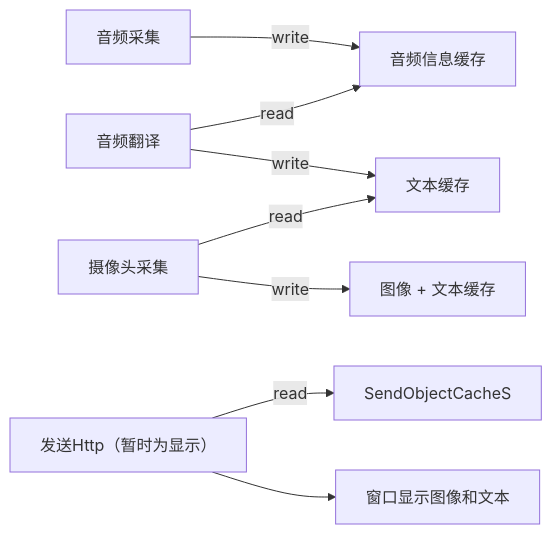
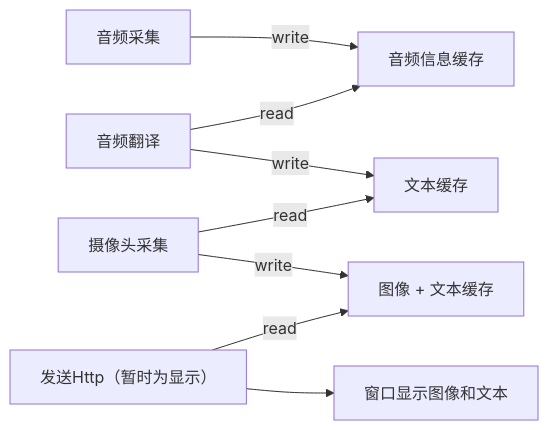
The diagram in README.md (yeeting-dot/ai_vision_chat), drawn with Mermaid before and after one commit.

```diff
--- a/README.md
+++ b/README.md
@@ -29,18 +29,18 @@
 ~~~mermaid
 graph LR
 VoiceTake["音频采集"]
 VoiceMessCache["音频信息缓存"]
 AudioTranslate["音频翻译"]
 TextCache["文本缓存"]
 Viewer["摄像头采集"]
 SendObjectCache["图像 + 文本缓存"]
 Send["发送Http（暂时为显示）"]
 
 VoiceTake--write-->VoiceMessCache
 AudioTranslate--read-->VoiceMessCache
 AudioTranslate--write-->TextCache
 Viewer--read-->TextCache
 Viewer--write-->SendObjectCache
-Send--read-->SendObjectCacheS
+Send--read-->SendObjectCache
 Send-->Show["窗口显示图像和文本"]
 ~~~
```
